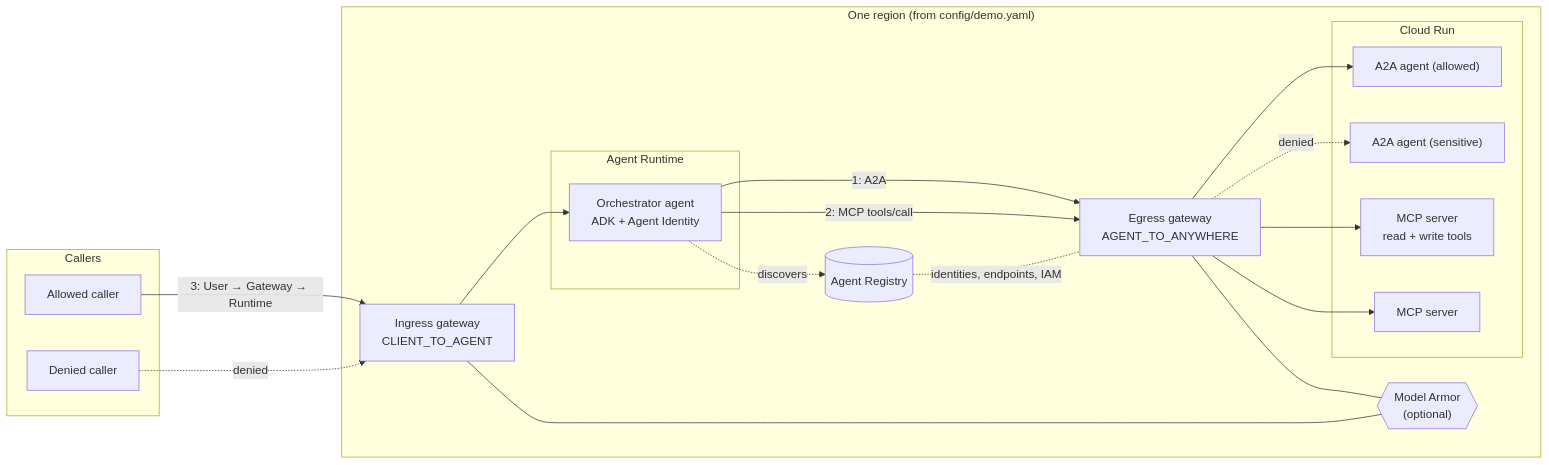
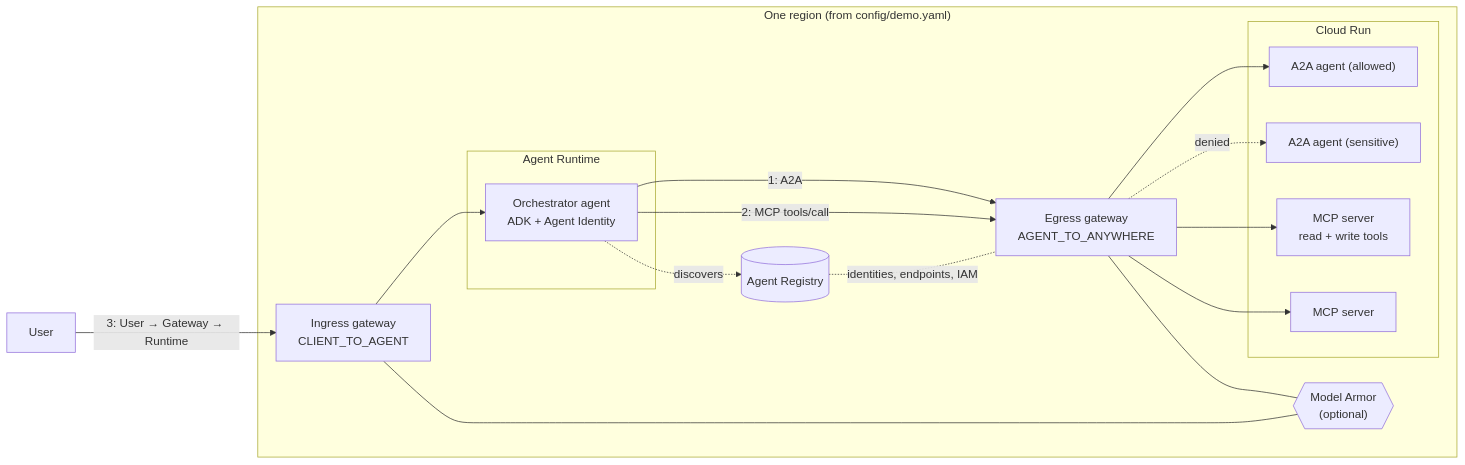
Before and after one commit to mlaslie/agent-gateway-demo: the diagram in README.md, drawn with Mermaid. The commit also changed other lines of this file and 68 other files, not shown here.

````diff
--- a/README.md
+++ b/README.md
@@ -22,35 +26,31 @@
 ```mermaid
 flowchart LR
-  subgraph Callers
-    UA[Allowed caller]
-    UD[Denied caller]
-  end
+  U[User]
   subgraph Region["One region (from config/demo.yaml)"]
     IG["Ingress gateway<br/>CLIENT_TO_AGENT"]
     subgraph AR[Agent Runtime]
       ORC["Orchestrator agent<br/>ADK + Agent Identity"]
     end
     EG["Egress gateway<br/>AGENT_TO_ANYWHERE"]
     REG[("Agent Registry")]
     MA{{"Model Armor<br/>(optional)"}}
     subgraph CR[Cloud Run]
       A2A1["A2A agent (allowed)"]
       A2A2["A2A agent (sensitive)"]
       MCP1["MCP server<br/>read + write tools"]
       MCP2[MCP server]
     end
   end
-  UA -->|"3: User → Gateway → Runtime"| IG
-  UD -. denied .-> IG
+  U -->|"3: User → Gateway → Runtime"| IG
   IG --> ORC
   ORC -->|"1: A2A"| EG
   ORC -->|"2: MCP tools/call"| EG
   EG --> A2A1
   EG -. denied .-> A2A2
   EG --> MCP1
   EG --> MCP2
   EG --- MA
   IG --- MA
   REG -. "identities, endpoints, IAM" .- EG
   ORC -. discovers .-> REG
 ```
````
